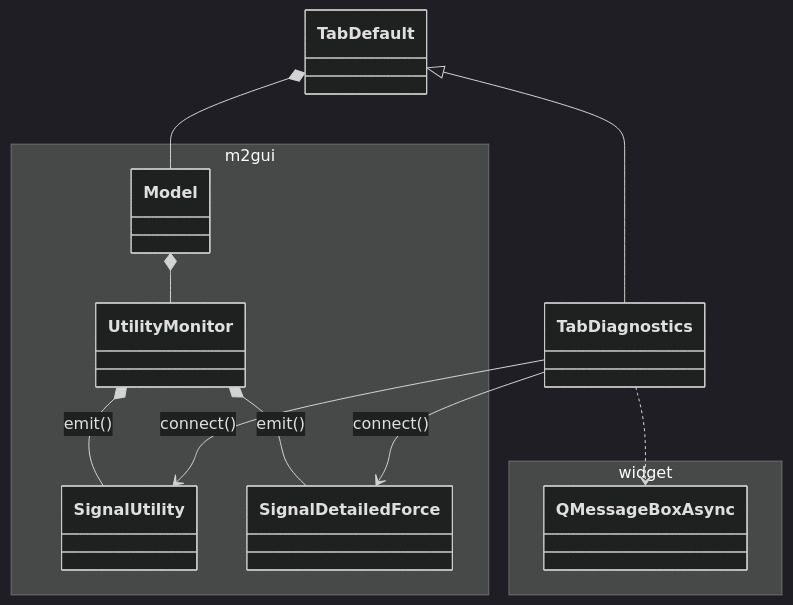
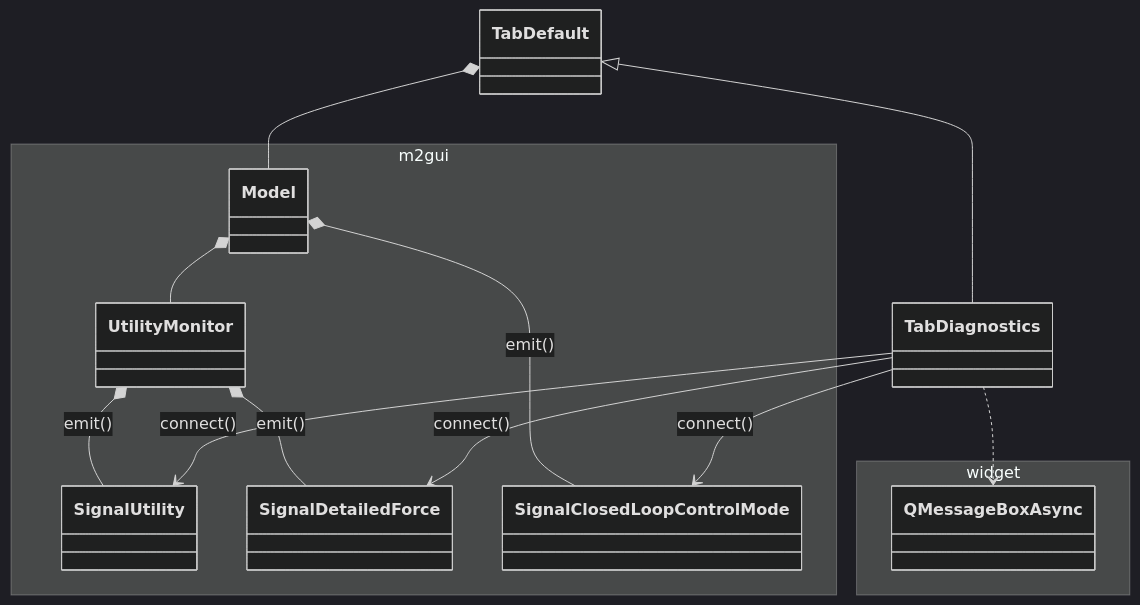
One commit to lsst-ts/ts_m2gui changed the diagram in doc/uml/controltab/class_tab_diagnostics.mmd. Above: the diagram before and after it, drawn with Mermaid (dark theme). The commit also changed 6 other files, not shown here.

```diff
--- a/doc/uml/controltab/class_tab_diagnostics.mmd
+++ b/doc/uml/controltab/class_tab_diagnostics.mmd
@@ -1,22 +1,25 @@
 classDiagram
 namespace m2gui {
   class Model
   class UtilityMonitor
   class SignalUtility
   class SignalDetailedForce
+  class SignalClosedLoopControlMode
 }
 
 Model *-- UtilityMonitor
+Model *-- SignalClosedLoopControlMode : emit()
 UtilityMonitor *-- SignalUtility : emit()
 UtilityMonitor *-- SignalDetailedForce : emit()
 
 namespace widget {
   class QMessageBoxAsync
 }
 
 TabDefault *-- Model
 TabDefault <|-- TabDiagnostics
 
 TabDiagnostics --> SignalUtility : connect()
 TabDiagnostics --> SignalDetailedForce : connect()
+TabDiagnostics --> SignalClosedLoopControlMode : connect()
 TabDiagnostics ..> QMessageBoxAsync
```
